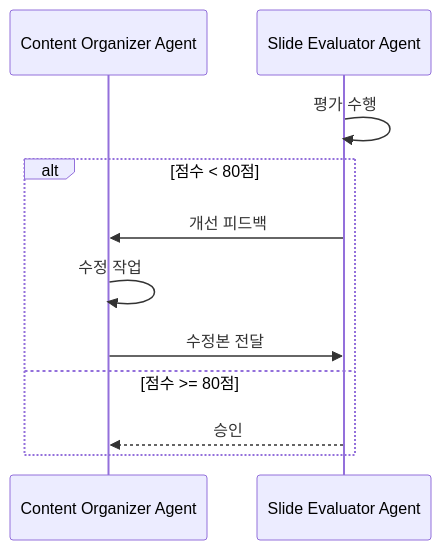
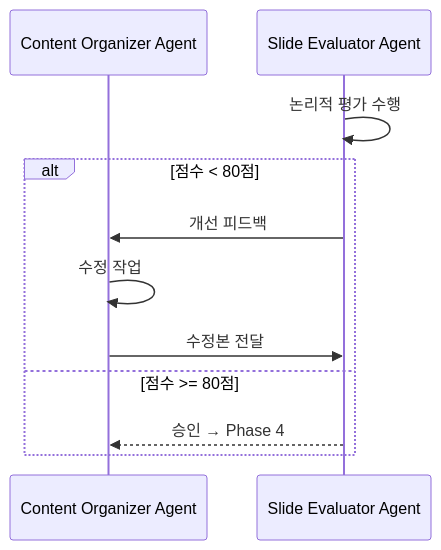
One commit to kimsanguine/vibe changed the third of 5 diagrams in ppt-agent-team/workflows/ppt_workflow.md. Above: the diagram before and after it, drawn with Mermaid. The commit also changed other lines of this file and 4 other files, not shown here.

````diff
--- a/ppt-agent-team/workflows/ppt_workflow.md
+++ b/ppt-agent-team/workflows/ppt_workflow.md
@@ -129,14 +156,14 @@
 ```mermaid
 sequenceDiagram
     participant COA as Content Organizer Agent
     participant SEA as Slide Evaluator Agent
 
-    SEA->>SEA: 평가 수행
+    SEA->>SEA: 논리적 평가 수행
     alt 점수 < 80점
         SEA->>COA: 개선 피드백
         COA->>COA: 수정 작업
         COA->>SEA: 수정본 전달
     else 점수 >= 80점
-        SEA-->>COA: 승인
+        SEA-->>COA: 승인 → Phase 4
     end
 ```
````
